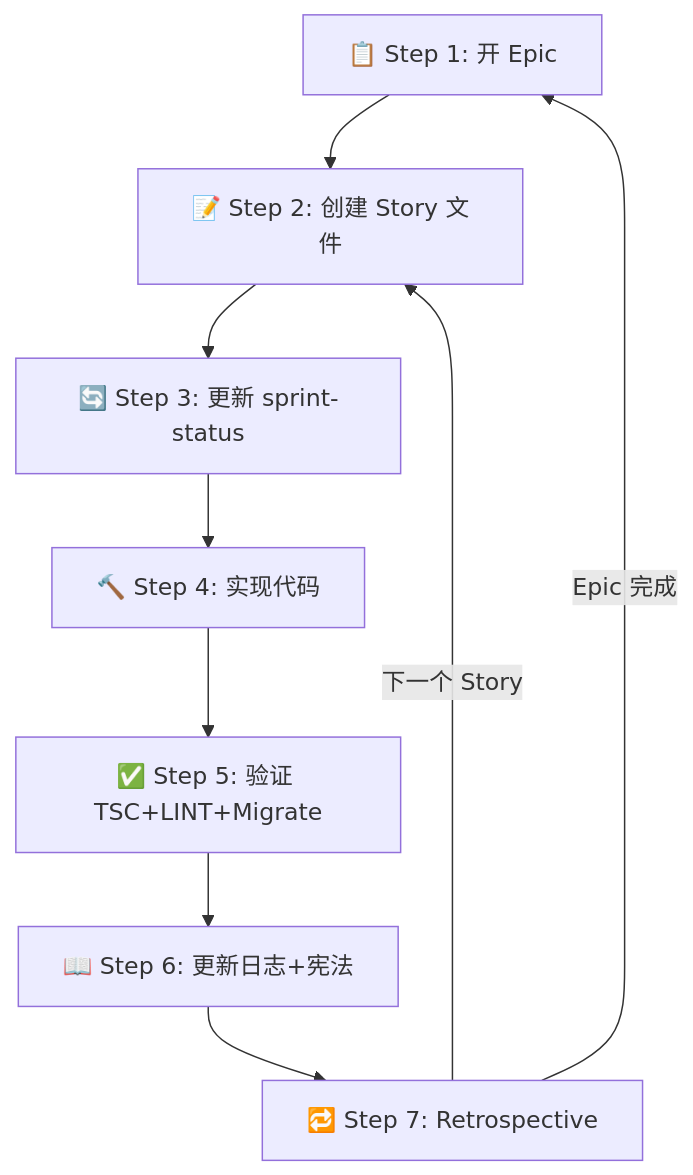
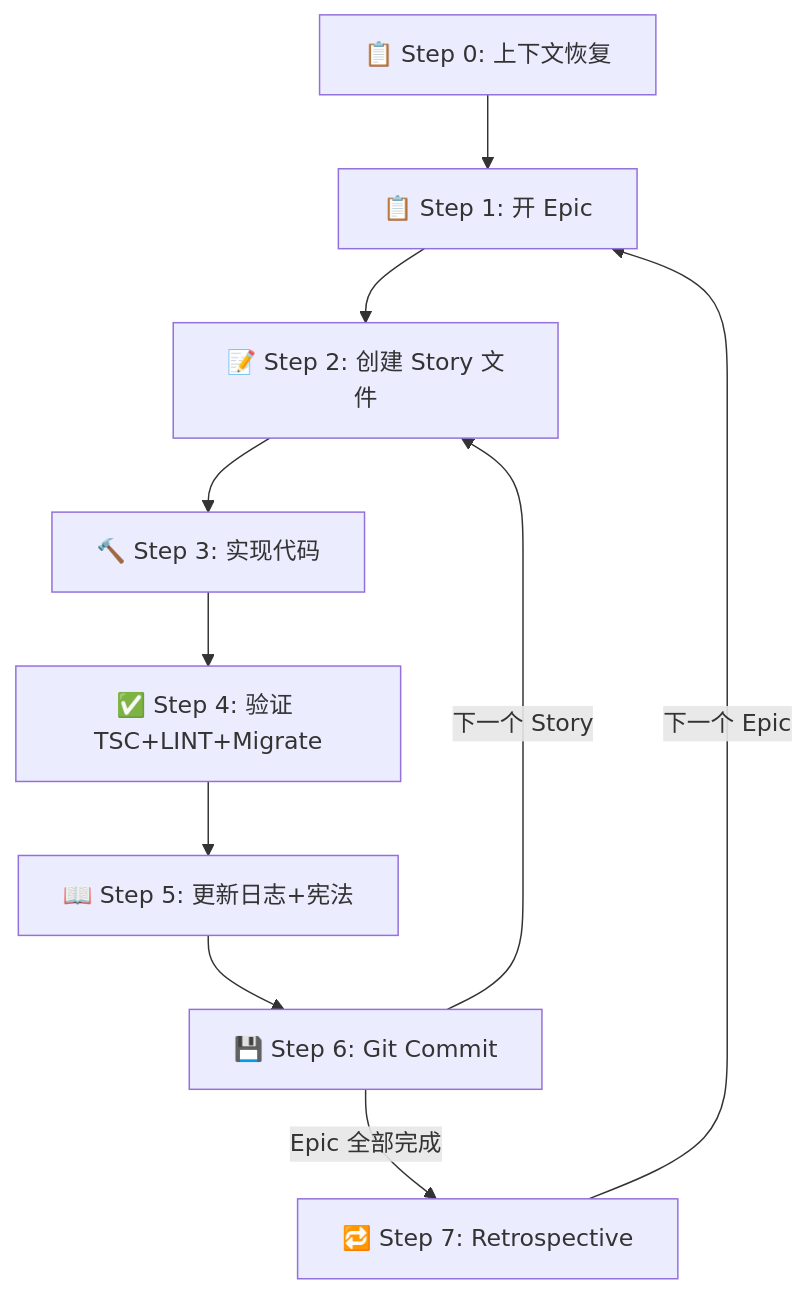
The diagram in rule/doc/BMAD开发流程规范.md (gzh246/thoughtmark), drawn with Mermaid before and after one commit. The commit also changed other lines of this file and 1 other file, not shown here.

Commit message:
docs: BMAD 规范全面审查 - 新增 Step 0 上下文恢复/Story 模板/TODO 规则/归档规则

````diff
--- a/rule/doc/BMAD开发流程规范.md
+++ b/rule/doc/BMAD开发流程规范.md
@@ -43,11 +47,12 @@
 ```mermaid
 graph TD
-    A[📋 Step 1: 开 Epic] --> B[📝 Step 2: 创建 Story 文件]
-    B --> C[🔄 Step 3: 更新 sprint-status]
-    C --> D[🔨 Step 4: 实现代码]
-    D --> E[✅ Step 5: 验证 TSC+LINT+Migrate]
-    E --> F[📖 Step 6: 更新日志+宪法]
-    F --> G[🔁 Step 7: Retrospective]
-    G -->|下一个 Story| B
-    G -->|Epic 完成| A
+    A[📋 Step 0: 上下文恢复] --> B[📋 Step 1: 开 Epic]
+    B --> C[📝 Step 2: 创建 Story 文件]
+    C --> D[🔨 Step 3: 实现代码]
+    D --> E[✅ Step 4: 验证 TSC+LINT+Migrate]
+    E --> F[📖 Step 5: 更新日志+宪法]
+    F --> H[💾 Step 6: Git Commit]
+    H -->|下一个 Story| C
+    H -->|Epic 全部完成| G[🔁 Step 7: Retrospective]
+    G -->|下一个 Epic| B
 ```
````
